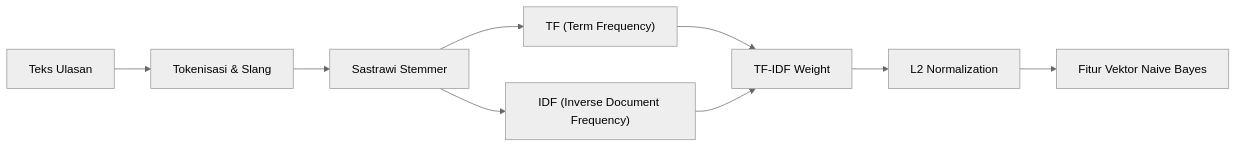
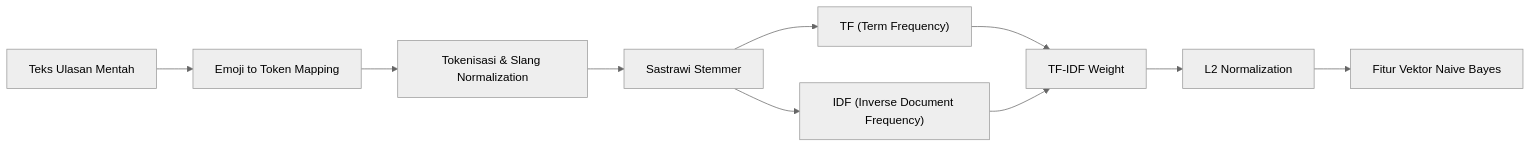
The diagram in docs/naive_bayes.md (presidendjakarta/Binus-s2-Business-Intelligence-and-Analytics-TK), drawn with Mermaid (neutral theme) before and after one commit. The commit also changed other lines of this file and 7 other files, not shown here.

Commit message:
feat(ml): clarify emoji and icon handling in Naive Bayes pipeline and documentation

````diff
--- a/docs/naive_bayes.md
+++ b/docs/naive_bayes.md
@@ -64,10 +65,11 @@
 ```mermaid
 flowchart LR
-    A["Teks Ulasan"] --> B["Tokenisasi & Slang"]
-    B --> C["Sastrawi Stemmer"]
-    C --> D["TF (Term Frequency)"]
-    C --> E["IDF (Inverse Document Frequency)"]
-    D & E --> F["TF-IDF Weight"]
-    F --> G["L2 Normalization"]
-    G --> H["Fitur Vektor Naive Bayes"]
+    A["Teks Ulasan Mentah"] --> B["Emoji to Token Mapping"]
+    B --> C["Tokenisasi & Slang Normalization"]
+    C --> D["Sastrawi Stemmer"]
+    D --> E["TF (Term Frequency)"]
+    D --> F["IDF (Inverse Document Frequency)"]
+    E & F --> G["TF-IDF Weight"]
+    G --> H["L2 Normalization"]
+    H --> I["Fitur Vektor Naive Bayes"]
 ```
````
